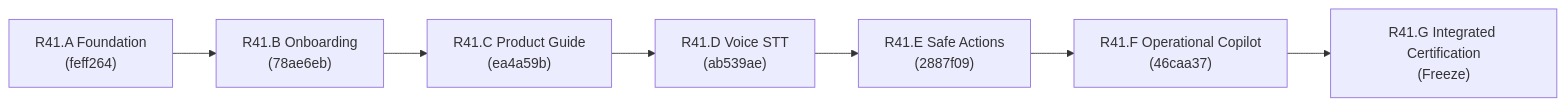
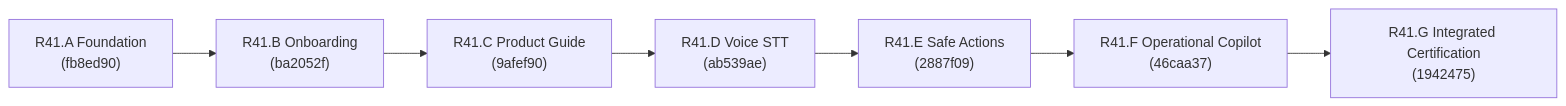
The diagram in R41_PROGRAM_FINAL_REPORT.md (ahferreira01-del/arkpet-atual), drawn with Mermaid before and after one commit. The commit also changed other lines of this file and 7 other files, not shown here.

````diff
--- a/R41_PROGRAM_FINAL_REPORT.md
+++ b/R41_PROGRAM_FINAL_REPORT.md
@@ -16,9 +16,9 @@
 ```mermaid
 flowchart LR
-    R41A["R41.A Foundation<br/>(feff264)"] --> R41B["R41.B Onboarding<br/>(78ae6eb)"]
-    R41B --> R41C["R41.C Product Guide<br/>(ea4a59b)"]
+    R41A["R41.A Foundation<br/>(fb8ed90)"] --> R41B["R41.B Onboarding<br/>(ba2052f)"]
+    R41B --> R41C["R41.C Product Guide<br/>(9afef90)"]
     R41C --> R41D["R41.D Voice STT<br/>(ab539ae)"]
     R41D --> R41E["R41.E Safe Actions<br/>(2887f09)"]
     R41E --> R41F["R41.F Operational Copilot<br/>(46caa37)"]
-    R41F --> R41G["R41.G Integrated Certification<br/>(Freeze)"]
+    R41F --> R41G["R41.G Integrated Certification<br/>(1942475)"]
 ```
````
